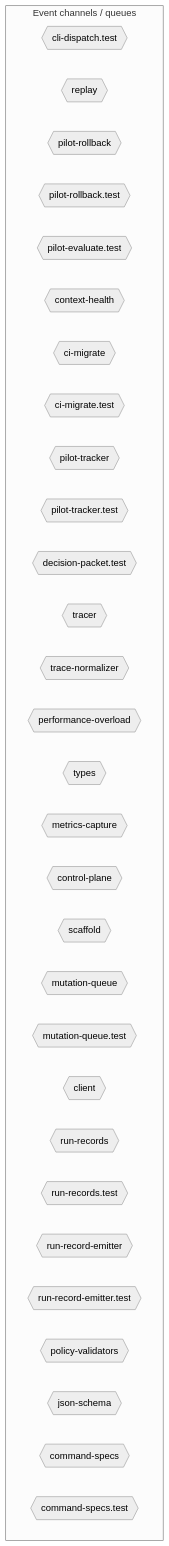
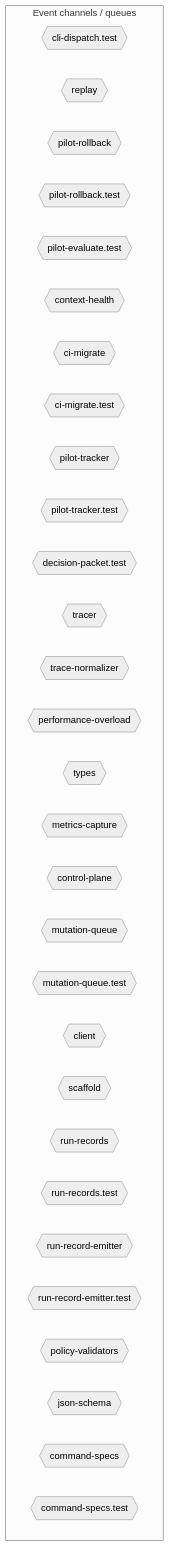
One commit to jscraik/coding-harness changed the sixth of 10 diagrams in AI/context/diagram-context.md. Above: the diagram before and after it, drawn with Mermaid (neutral theme). The commit also changed other lines of this file, not shown here.

First line of the commit message:
chore(diagrams): refresh context artifacts

````diff
--- a/AI/context/diagram-context.md
+++ b/AI/context/diagram-context.md
@@ -1868,36 +1868,36 @@
 ```mermaid
 flowchart TD
   subgraph Channels["Event channels / queues"]
     cli_dispatch_test_54c9f17b{{"cli-dispatch.test"}}
     replay_ac203c98{{"replay"}}
     pilot_rollback_00c1f82c{{"pilot-rollback"}}
     pilot_rollback_test_e61d5a2b{{"pilot-rollback.test"}}
     pilot_evaluate_test_a2ac06fc{{"pilot-evaluate.test"}}
     context_health_80bb7da9{{"context-health"}}
     ci_migrate_78bb70b1{{"ci-migrate"}}
     ci_migrate_test_2a015bb9{{"ci-migrate.test"}}
     pilot_tracker_5c767813{{"pilot-tracker"}}
     pilot_tracker_test_80398a66{{"pilot-tracker.test"}}
     decision_packet_test_9ea0e97b{{"decision-packet.test"}}
     tracer_1e6243a2{{"tracer"}}
     trace_normalizer_cb1be1d2{{"trace-normalizer"}}
     performance_overload_c685bfcf{{"performance-overload"}}
-    types_9_1db4641f{{"types"}}
+    types_10_75e5a4a0{{"types"}}
     metrics_capture_1d1a2c08{{"metrics-capture"}}
     control_plane_96826665{{"control-plane"}}
-    scaffold_db8a7260{{"scaffold"}}
     mutation_queue_ce5a530e{{"mutation-queue"}}
     mutation_queue_test_10b599e8{{"mutation-queue.test"}}
     client_1_914e1681{{"client"}}
+    scaffold_db8a7260{{"scaffold"}}
     run_records_f616aa7c{{"run-records"}}
     run_records_test_3ee6a0e3{{"run-records.test"}}
     run_record_emitter_00168a3a{{"run-record-emitter"}}
     run_record_emitter_test_5475c0da{{"run-record-emitter.test"}}
     policy_validators_6682e192{{"policy-validators"}}
     json_schema_74a768d7{{"json-schema"}}
     command_specs_69167c63{{"command-specs"}}
     command_specs_test_7f693e85{{"command-specs.test"}}
   end
   classDef eventNode fill:#db2777,color:#fff
 
 ```
````
